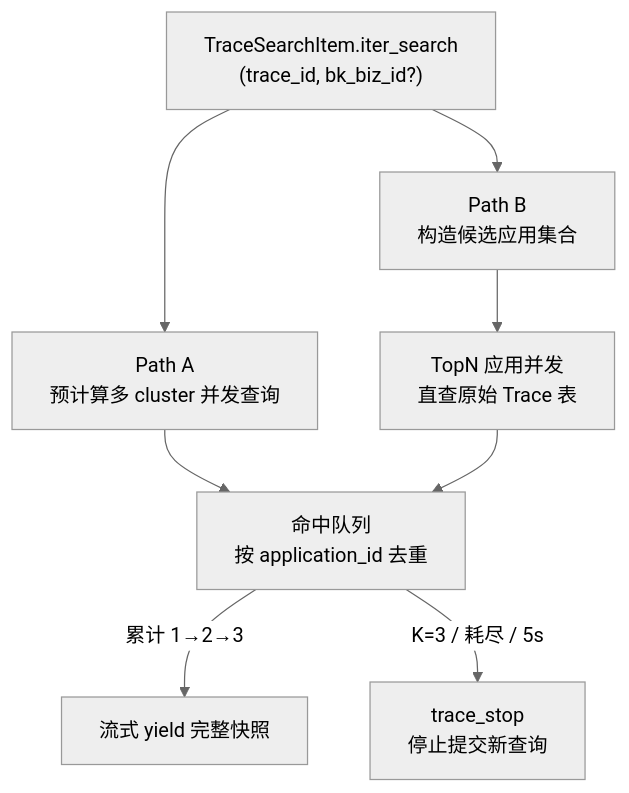
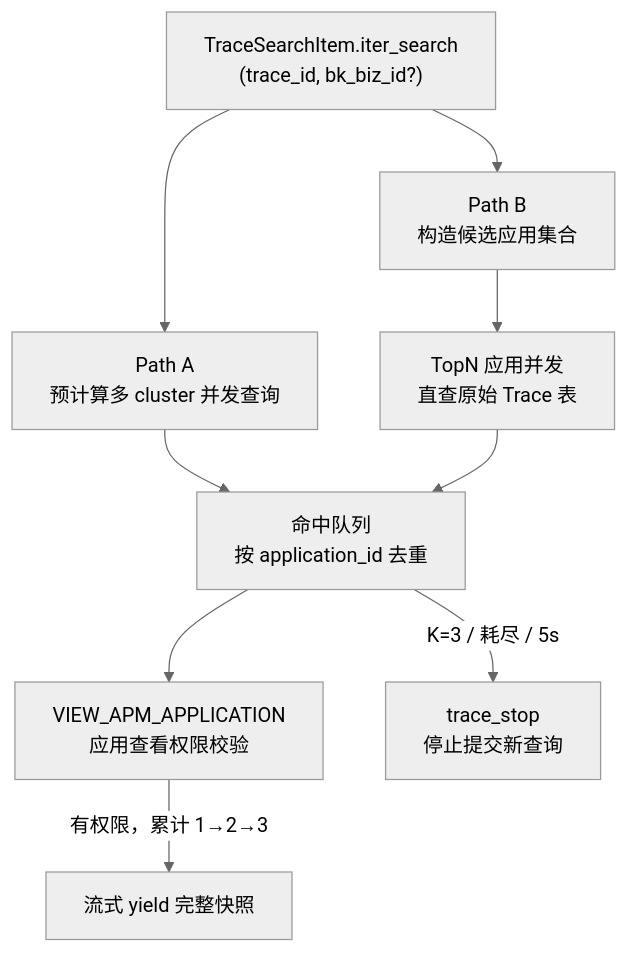
Before and after one commit to ZhuoZhuoCrayon/ai-workspace: the first of 2 diagrams in knowledge/bkmonitor/issues/2026-05-02-overview-trace-id-low-latency-search/PLAN.md, drawn with Mermaid (neutral theme). The commit also changed other lines of this file and 1 other file, not shown here.

````diff
--- a/knowledge/bkmonitor/issues/2026-05-02-overview-trace-id-low-latency-search/PLAN.md
+++ b/knowledge/bkmonitor/issues/2026-05-02-overview-trace-id-low-latency-search/PLAN.md
@@ -51,10 +51,11 @@
 ```mermaid
 flowchart TD
     Q["TraceSearchItem.iter_search<br/>(trace_id, bk_biz_id?)"] --> P["Path A<br/>预计算多 cluster 并发查询"]
     Q --> R["Path B<br/>构造候选应用集合"]
     R --> S["TopN 应用并发<br/>直查原始 Trace 表"]
     P --> M["命中队列<br/>按 application_id 去重"]
     S --> M
-    M -- "累计 1→2→3" --> O["流式 yield 完整快照"]
+    M --> A["VIEW_APM_APPLICATION<br/>应用查看权限校验"]
+    A -- "有权限，累计 1→2→3" --> O["流式 yield 完整快照"]
     M -- "K=3 / 耗尽 / 5s" --> X["trace_stop<br/>停止提交新查询"]
 ```
````
